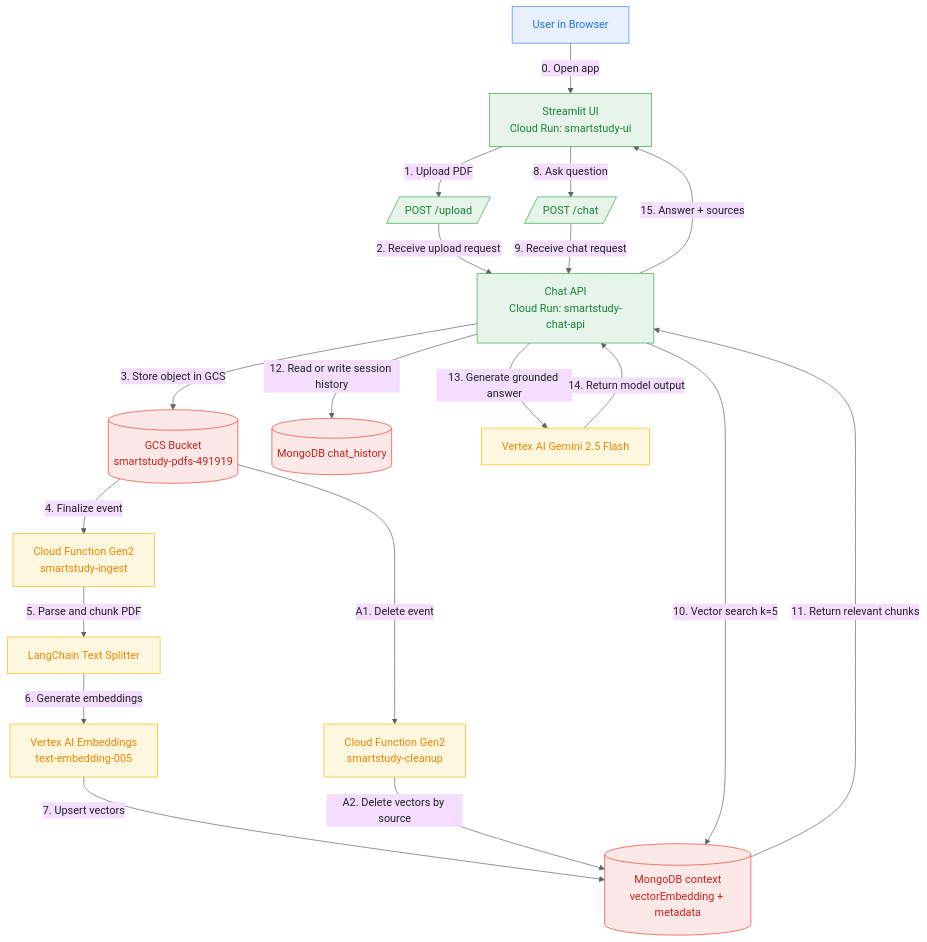
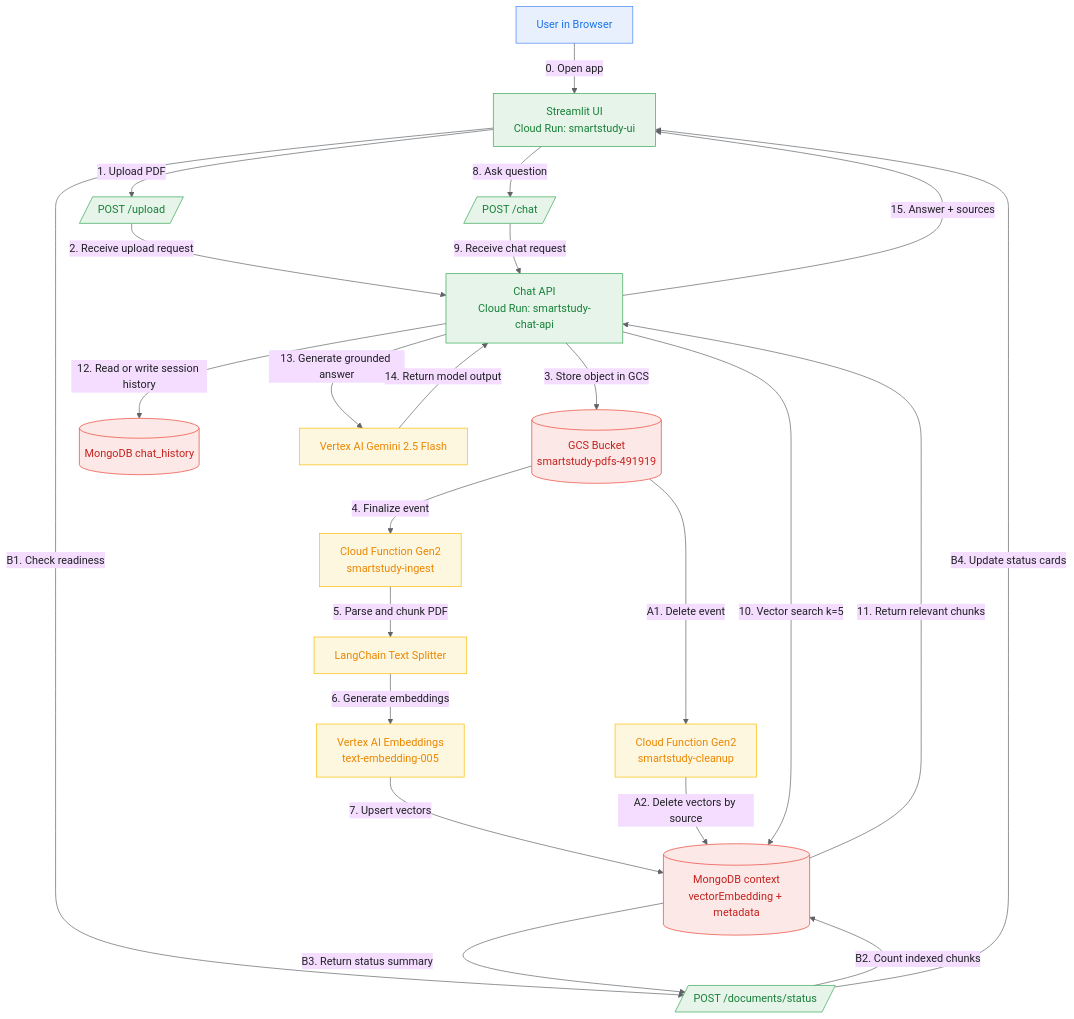
The diagram in docs/architecture-dev.md (DanielMortada/cloud-computing-project), drawn with Mermaid before and after one commit. The commit also changed other lines of this file and 4 other files, not shown here.

````diff
--- a/docs/architecture-dev.md
+++ b/docs/architecture-dev.md
@@ -41,36 +43,41 @@
 ```mermaid
 %%{init: {"theme":"base","themeVariables":{"primaryTextColor":"#202124","lineColor":"#5F6368","fontFamily":"Arial"}}}%%
 flowchart TD
     U[User in Browser] -->|0. Open app| UI[Streamlit UI<br/>Cloud Run: smartstudy-ui]
 
     UI -->|1. Upload PDF| UP[/POST /upload/]
     UP -->|2. Receive upload request| API[Chat API<br/>Cloud Run: smartstudy-chat-api]
     API -->|3. Store object in GCS| GCS[(GCS Bucket<br/>smartstudy-pdfs-491919)]
 
     GCS -->|4. Finalize event| INGEST[Cloud Function Gen2<br/>smartstudy-ingest]
     INGEST -->|5. Parse and chunk PDF| CHUNKS[LangChain Text Splitter]
     CHUNKS -->|6. Generate embeddings| EMB[Vertex AI Embeddings<br/>text-embedding-005]
     EMB -->|7. Upsert vectors| CTX[(MongoDB context<br/>vectorEmbedding + metadata)]
 
     GCS -->|A1. Delete event| CLEAN[Cloud Function Gen2<br/>smartstudy-cleanup]
     CLEAN -->|A2. Delete vectors by source| CTX
 
+    UI -->|B1. Check readiness| STAT[/POST /documents/status/]
+    STAT -->|B2. Count indexed chunks| CTX
+    CTX -->|B3. Return status summary| STAT
+    STAT -->|B4. Update status cards| UI
+
     UI -->|8. Ask question| CHAT[/POST /chat/]
     CHAT -->|9. Receive chat request| API
     API -->|10. Vector search k=5| CTX
     CTX -->|11. Return relevant chunks| API
     API -->|12. Read or write session history| HIST[(MongoDB chat_history)]
     API -->|13. Generate grounded answer| LLM[Vertex AI Gemini 2.5 Flash]
     LLM -->|14. Return model output| API
     API -->|15. Answer + sources| UI
 
     classDef user fill:#E8F0FE,stroke:#4285F4,color:#1A73E8,stroke-width:1px;
     classDef service fill:#E6F4EA,stroke:#34A853,color:#188038,stroke-width:1px;
     classDef compute fill:#FEF7E0,stroke:#FBBC05,color:#EA8600,stroke-width:1px;
     classDef data fill:#FCE8E6,stroke:#EA4335,color:#C5221F,stroke-width:1px;
 
     class U user;
-    class UI,API,UP,CHAT service;
+    class UI,API,UP,CHAT,STAT service;
     class INGEST,CLEAN,CHUNKS,EMB,LLM compute;
     class GCS,CTX,HIST data;
 ```
````
